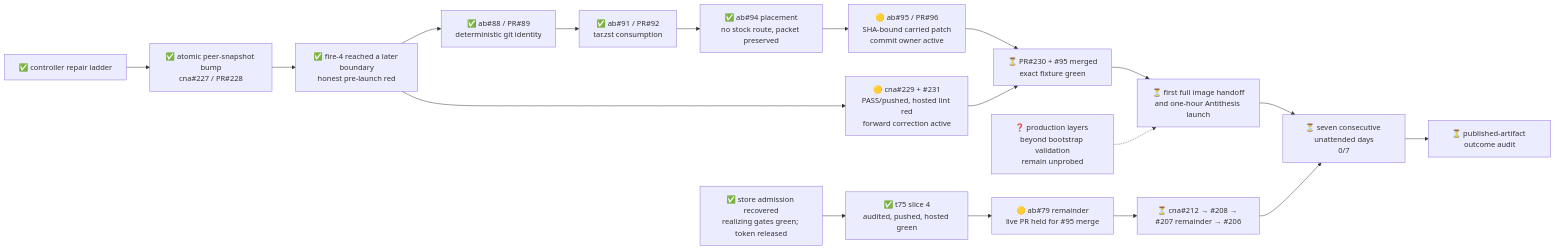
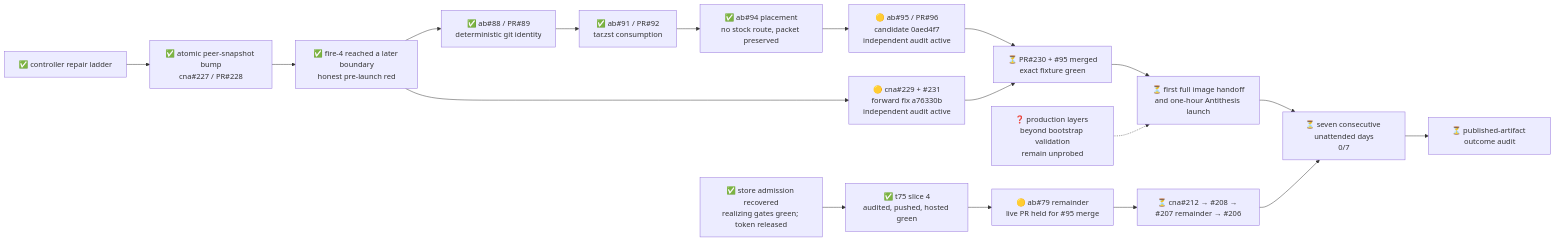
One commit to cardano-foundation/cardano-node-antithesis changed the diagram in .milestones/2/state.md. Above: the diagram before and after it, drawn with Mermaid. The commit also changed other lines of this file and 1 other file, not shown here.

````diff
--- a/.milestones/2/state.md
+++ b/.milestones/2/state.md
@@ -7,16 +7,16 @@
 ```mermaid
 flowchart LR
     ladder["✅ controller repair ladder"] --> atomic["✅ atomic peer-snapshot bump<br/>cna#227 / PR#228"]
     atomic --> fire4["✅ fire-4 reached a later boundary<br/>honest pre-launch red"]
-    fire4 --> observe["🟡 cna#229 + #231<br/>PASS/pushed, hosted lint red<br/>forward correction active"]
+    fire4 --> observe["🟡 cna#229 + #231<br/>forward fix a76330b<br/>independent audit active"]
     fire4 --> gitinfo["✅ ab#88 / PR#89<br/>deterministic git identity"]
     gitinfo --> archives["✅ ab#91 / PR#92<br/>tar.zst consumption"]
     archives --> noroute["✅ ab#94 placement<br/>no stock route, packet preserved"]
-    noroute --> patch95["🟡 ab#95 / PR#96<br/>SHA-bound carried patch<br/>commit owner active"] --> fire5["⏳ PR#230 + #95 merged<br/>exact fixture green"]
+    noroute --> patch95["🟡 ab#95 / PR#96<br/>candidate 0aed4f7<br/>independent audit active"] --> fire5["⏳ PR#230 + #95 merged<br/>exact fixture green"]
     observe --> fire5
     fire5 --> launch["⏳ first full image handoff<br/>and one-hour Antithesis launch"]
     launch --> streak["⏳ seven consecutive unattended days<br/>0/7"] --> audit["⏳ published-artifact outcome audit"]
     capacity["✅ store admission recovered<br/>realizing gates green; token released"] --> t75["✅ t75 slice 4<br/>audited, pushed, hosted green"]
     t75 --> handoff79["🟡 ab#79 remainder<br/>live PR held for #95 merge"] --> hardening["⏳ cna#212 → #208 → #207 remainder → #206"] --> streak
     unknown["❓ production layers beyond bootstrap validation<br/>remain unprobed"] -.-> launch
 ```
````
